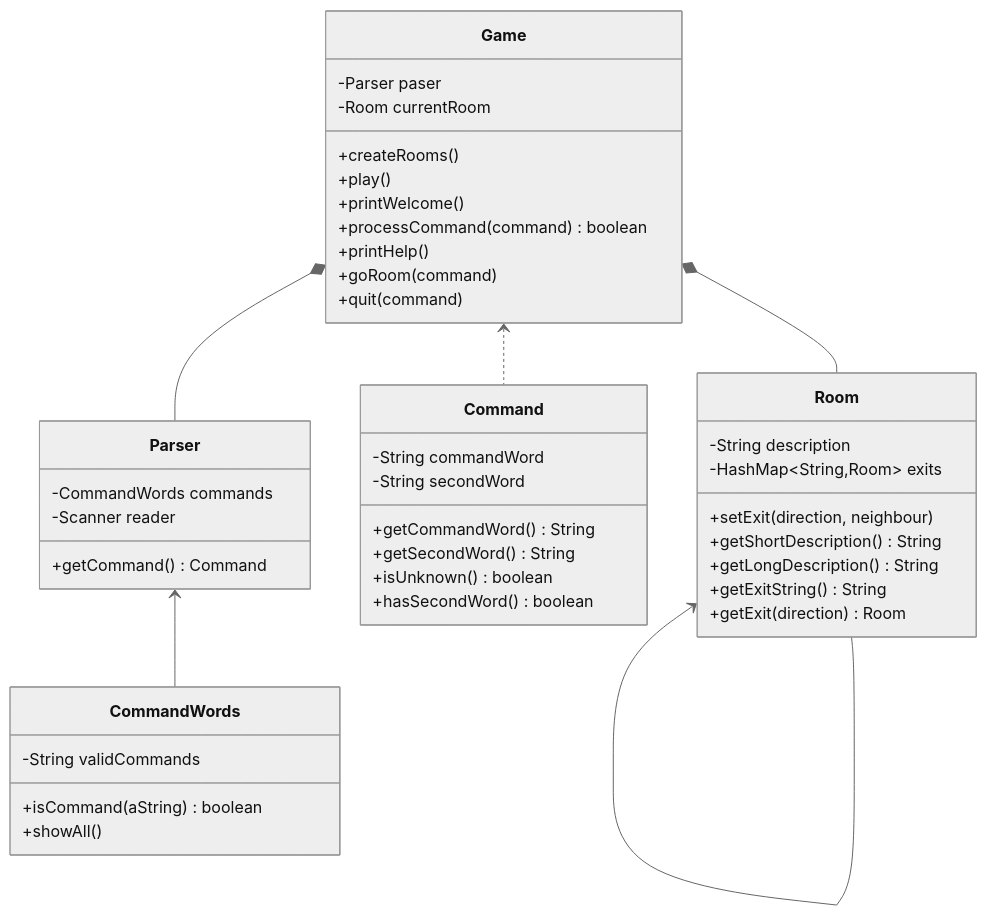
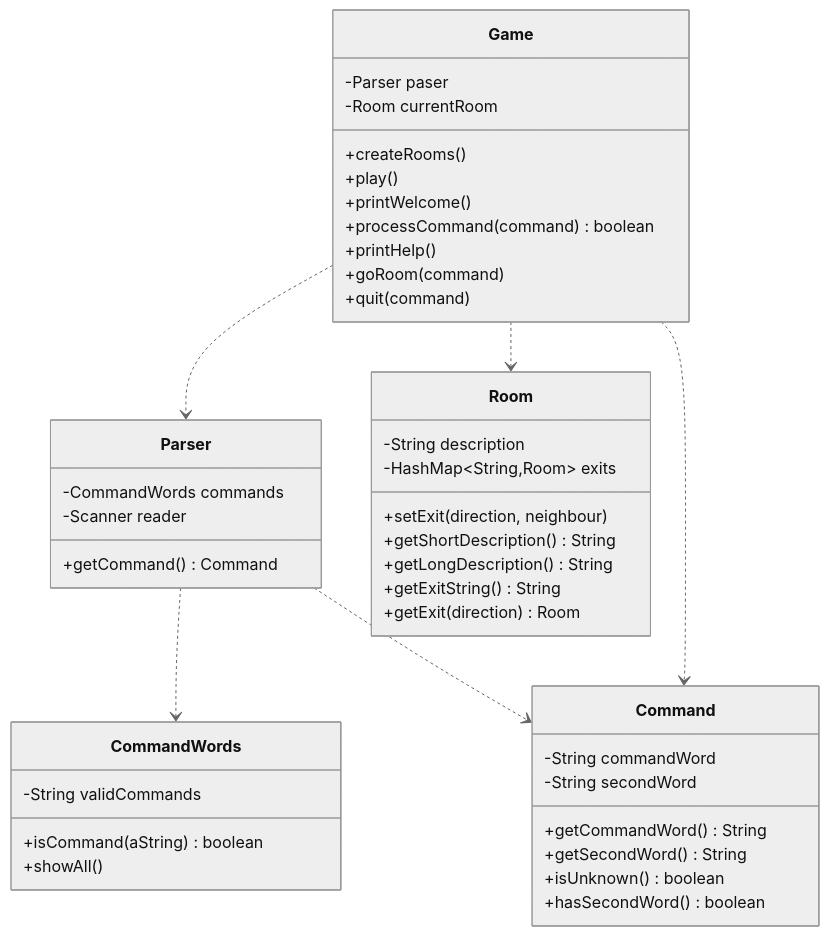
One commit to wutcst/sept1-wjycn2000 changed the diagram in REPORT.md. Above: the diagram before and after it, drawn with Mermaid (neutral theme).

Commit message:
修改类图

````diff
--- a/REPORT.md
+++ b/REPORT.md
@@ -3,46 +3,46 @@
 ```mermaid
 classDiagram
 class Parser {
 	-CommandWords commands
 	-Scanner reader
 	+getCommand() Command
 }
 class CommandWords{
 	-String validCommands
 	+isCommand(aString) boolean
 	+showAll()
 }
 class Command{
 	-String commandWord
 	-String secondWord
 	+getCommandWord() String
 	+getSecondWord() String
 	+isUnknown() boolean
 	+hasSecondWord() boolean
 }
 class Room{
 	-String description
 	-HashMap~String,Room~ exits
 	+setExit(direction, neighbour)
 	+getShortDescription() String
 	+getLongDescription() String
 	+getExitString() String
 	+getExit(direction) Room
 }
 class Game{
 	-Parser paser
 	-Room currentRoom
 	+createRooms()
 	+play()
 	+printWelcome()
 	+processCommand(command) boolean
 	+printHelp()
 	+goRoom(command)
 	+quit(command)
 }
-Parser <-- CommandWords
-Game *-- Parser
-Game *-- Room
-Game <.. Command
-Room <-- Room
+Parser ..> CommandWords
+Game ..> Parser
+Game ..> Room
+Game ..> Command
+Parser ..> Command
 ```
````
